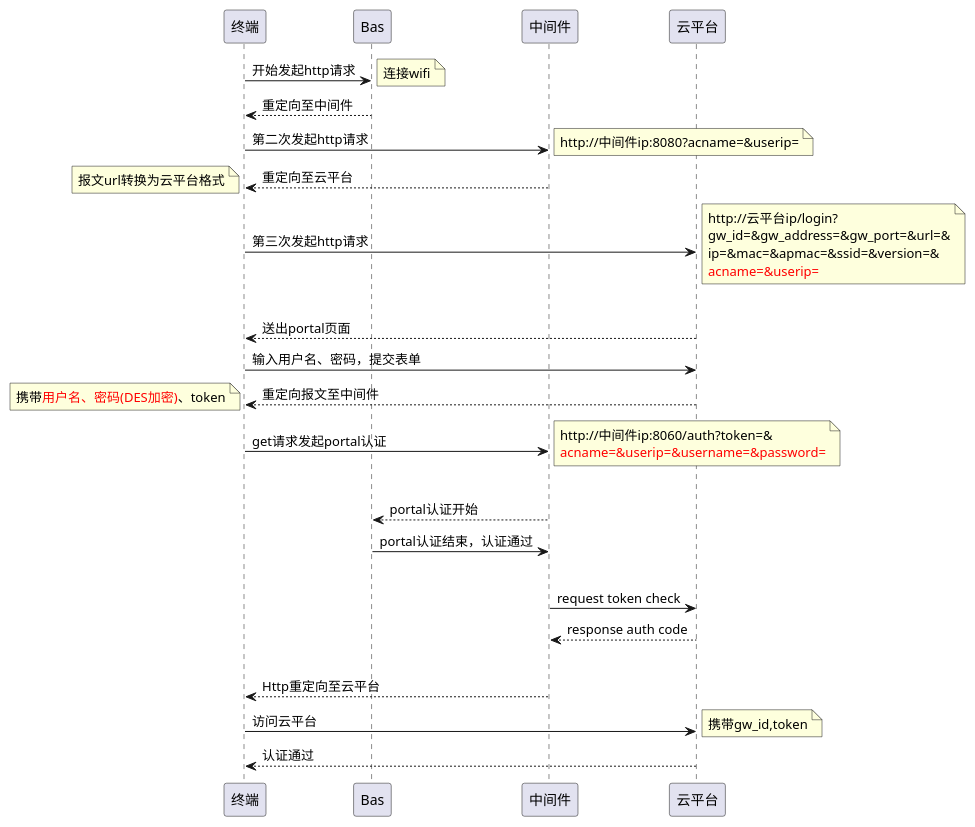
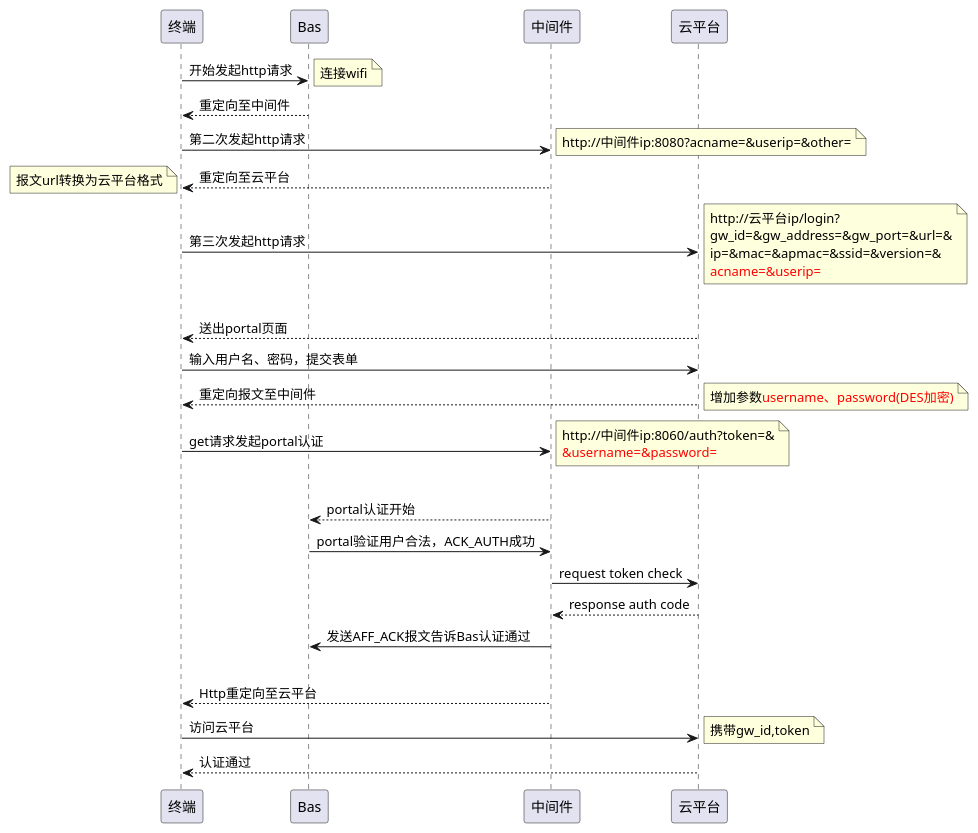
Before and after one commit to chicory-gyj/Everything: the first of 5 diagrams in doc/portal中间件方案.adoc, drawn with PlantUML. The commit also changed other lines of this file and 11 other files, not shown here.

```diff
--- a/doc/portal中间件方案.adoc
+++ b/doc/portal中间件方案.adoc
@@ -25,30 +31,30 @@
 [plantuml, portal_convert, png]
 ....
 终端 -> Bas: 开始发起http请求
 note right: 连接wifi
 Bas --> 终端: 重定向至中间件
 终端 -> 中间件: 第二次发起http请求
-note right: http://中间件ip:8080?acname=&userip=
+note right: http://中间件ip:8080?acname=&userip=&other=
 中间件 --> 终端: 重定向至云平台
 note left: 报文url转换为云平台格式
 终端 -> 云平台: 第三次发起http请求
 note right: http://云平台ip/login?\ngw_id=&gw_address=&gw_port=&url=&\nip=&mac=&apmac=&ssid=&version=&\n<color:red>acname=&userip=</color>
 |||
 云平台 --> 终端: 送出portal页面
 终端 -> 云平台: 输入用户名、密码，提交表单
 云平台 --> 终端: 重定向报文至中间件
-note left: 携带<color:red>用户名、密码(DES加密)</color>、token
+note right: 增加参数<color:red>username、password(DES加密)</color>
 终端 -> 中间件: get请求发起portal认证
-note right: http://中间件ip:8060/auth?token=&\n<color:red>acname=&userip=&username=&password=</color>
+note right: http://中间件ip:8060/auth?token=&\n<color:red>&username=&password=</color>
 |||
 中间件 --> Bas: portal认证开始
-Bas -> 中间件: portal认证结束，认证通过
-|||
+Bas -> 中间件: portal验证用户合法，ACK_AUTH成功
 中间件 -> 云平台: request token check
 云平台 --> 中间件: response auth code
+中间件 -> Bas: 发送AFF_ACK报文告诉Bas认证通过
 |||
 中间件 --> 终端: Http重定向至云平台
 终端 -> 云平台: 访问云平台
 note right: 携带gw_id,token
 云平台 --> 终端: 认证通过
 ....
```
